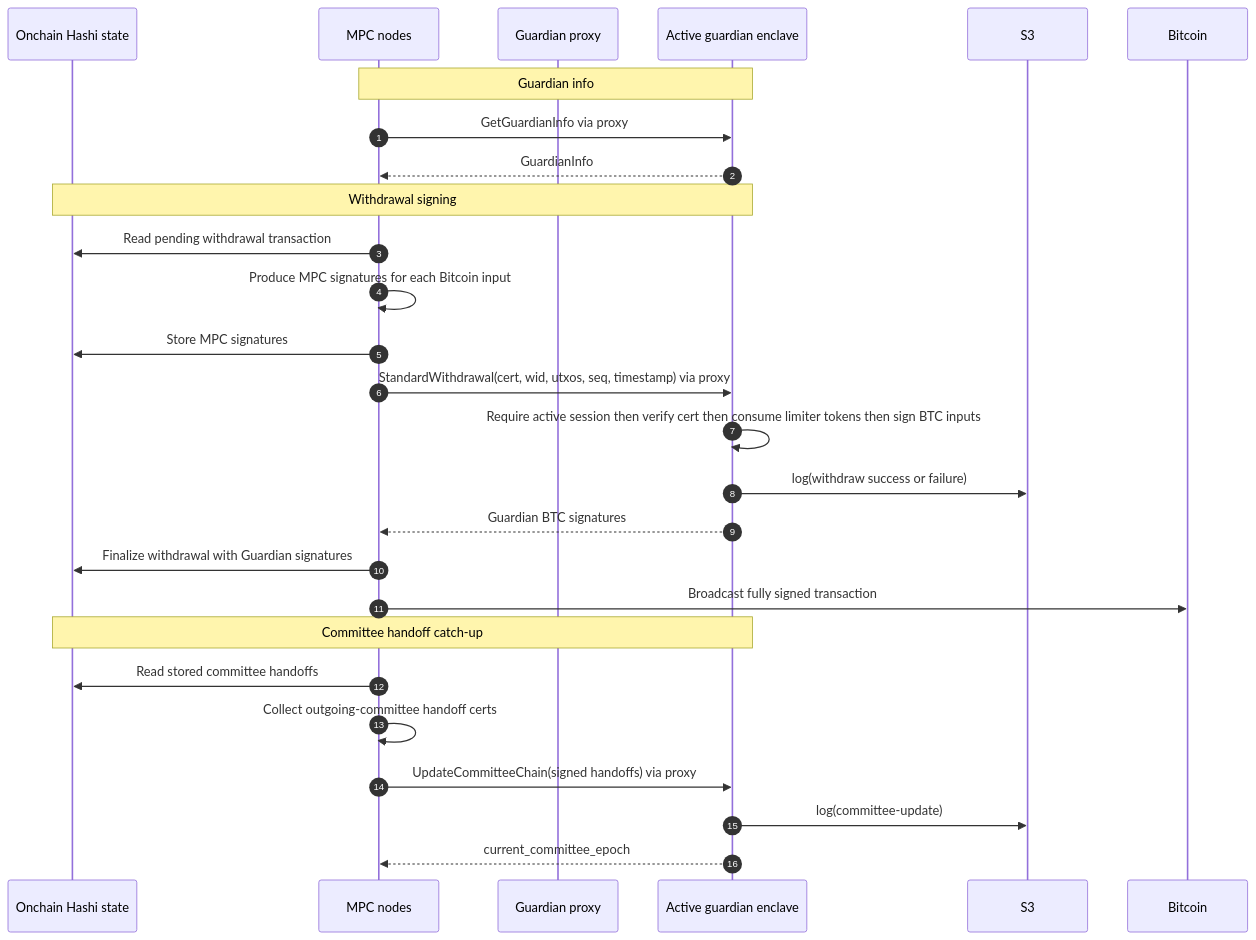
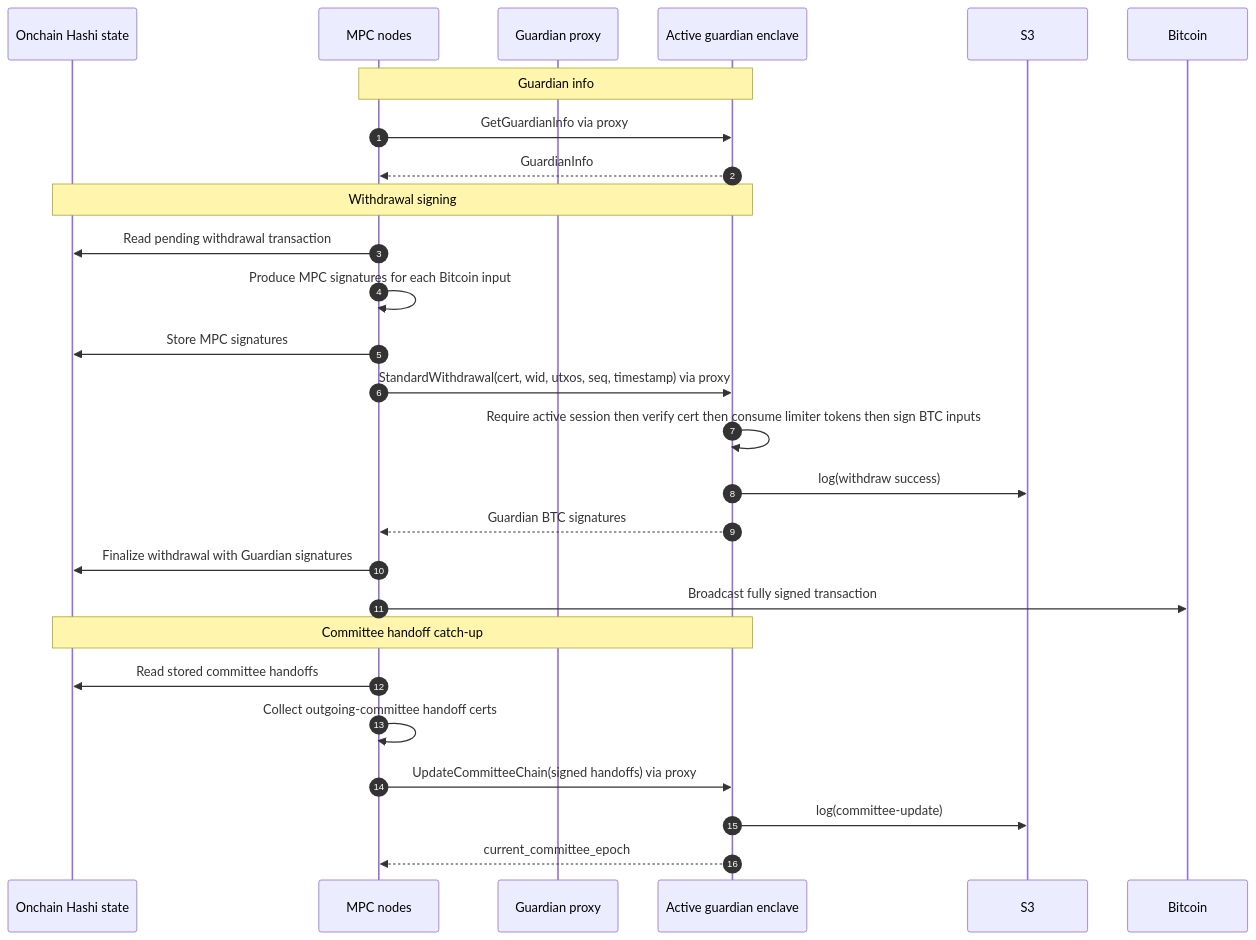
Before and after one commit to MystenLabs/hashi: the fourth of 4 diagrams in design/docs/guardian.mdx, drawn with Mermaid. The commit also changed other lines of this file and 10 other files, not shown here.

````diff
--- a/design/docs/guardian.mdx
+++ b/design/docs/guardian.mdx
@@ -241,33 +241,33 @@
 ```mermaid
 sequenceDiagram
     autonumber
 
     participant Onchain as Onchain Hashi state
     participant MPC as MPC nodes
     participant Proxy as Guardian proxy
     participant Guardian as Active guardian enclave
     participant S3
     participant Bitcoin
 
     Note over MPC,Guardian: Guardian info
     MPC->>Guardian: GetGuardianInfo via proxy
     Guardian-->>MPC: GuardianInfo
 
     Note over Onchain,Guardian: Withdrawal signing
     MPC->>Onchain: Read pending withdrawal transaction
     MPC->>MPC: Produce MPC signatures for each Bitcoin input
     MPC->>Onchain: Store MPC signatures
     MPC->>Guardian: StandardWithdrawal(cert, wid, utxos, seq, timestamp) via proxy
     Guardian->>Guardian: Require active session then verify cert then consume limiter tokens then sign BTC inputs
-    Guardian->>S3: log(withdraw success or failure)
+    Guardian->>S3: log(withdraw success)
     Guardian-->>MPC: Guardian BTC signatures
     MPC->>Onchain: Finalize withdrawal with Guardian signatures
     MPC->>Bitcoin: Broadcast fully signed transaction
 
     Note over Onchain,Guardian: Committee handoff catch-up
     MPC->>Onchain: Read stored committee handoffs
     MPC->>MPC: Collect outgoing-committee handoff certs
     MPC->>Guardian: UpdateCommitteeChain(signed handoffs) via proxy
     Guardian->>S3: log(committee-update)
     Guardian-->>MPC: current_committee_epoch
 ```
````
